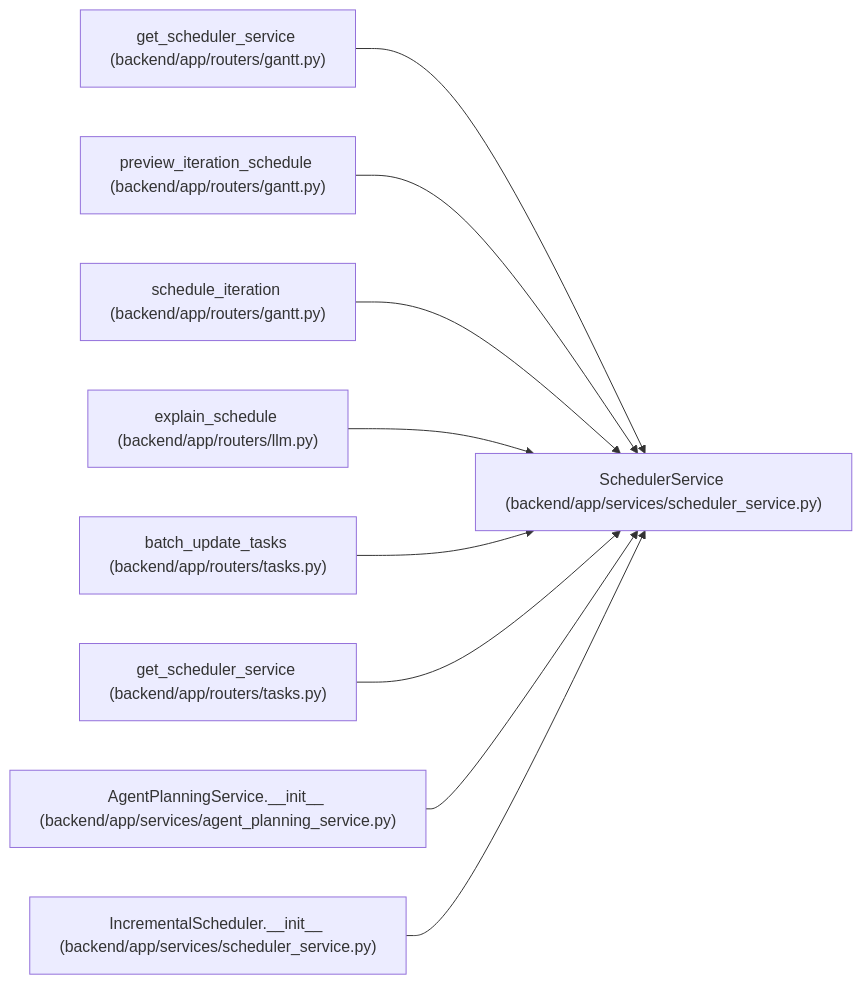
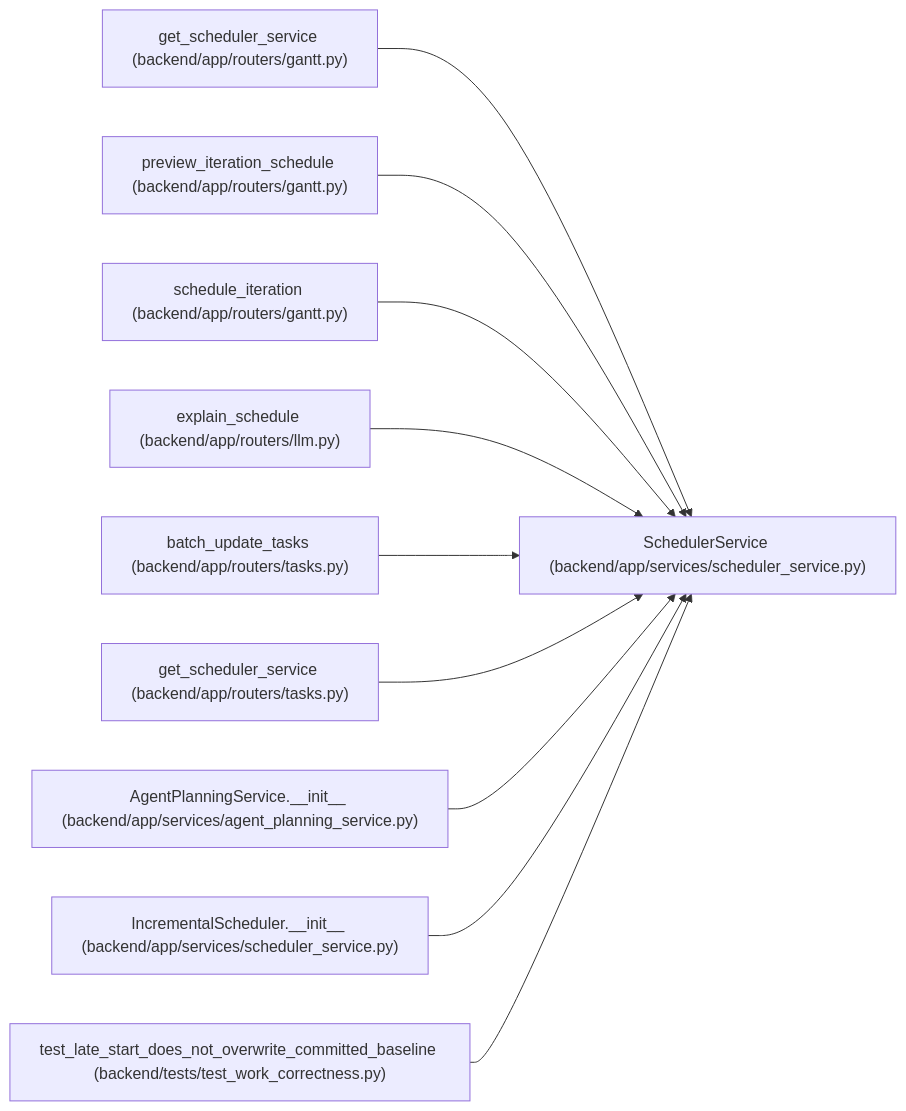
Before and after one commit to Denissvgn/WorkChord: the diagram in docs/llm_wiki/entities/SchedulerService.md, drawn with Mermaid. The commit also changed other lines of this file and 958 other files, not shown here.

First line of the commit message:
docs(wiki): refresh identity and recovery architecture

````diff
--- a/docs/llm_wiki/entities/SchedulerService.md
+++ b/docs/llm_wiki/entities/SchedulerService.md
@@ -39,29 +39,32 @@
 ```mermaid
 flowchart LR
     n0["SchedulerService (backend/app/services/scheduler_service.py)"]
     n1["get_scheduler_service (backend/app/routers/gantt.py)"]
     n2["preview_iteration_schedule (backend/app/routers/gantt.py)"]
     n3["schedule_iteration (backend/app/routers/gantt.py)"]
     n4["explain_schedule (backend/app/routers/llm.py)"]
     n5["batch_update_tasks (backend/app/routers/tasks.py)"]
     n6["get_scheduler_service (backend/app/routers/tasks.py)"]
     n7["AgentPlanningService.__init__ (backend/app/services/agent_planning_service.py)"]
     n8["IncrementalScheduler.__init__ (backend/app/services/scheduler_service.py)"]
+    n9["test_late_start_does_not_overwrite_committed_baseline (backend/tests/test_work_correctness.py)"]
     n1 --> n0
     n2 --> n0
     n3 --> n0
     n4 --> n0
     n5 --> n0
     n6 --> n0
     n7 --> n0
     n8 --> n0
+    n9 --> n0
     click n0 "../modules/scheduler_service.md"
     click n1 "../modules/routers_gantt.md"
     click n2 "../modules/routers_gantt.md"
     click n3 "../modules/routers_gantt.md"
     click n4 "../modules/routers_llm.md"
     click n5 "../modules/tasks.md"
     click n6 "../modules/tasks.md"
     click n7 "../modules/agent_planning_service.md"
     click n8 "../modules/scheduler_service.md"
+    click n9 "../modules/test_work_correctness.md"
 ```
````
